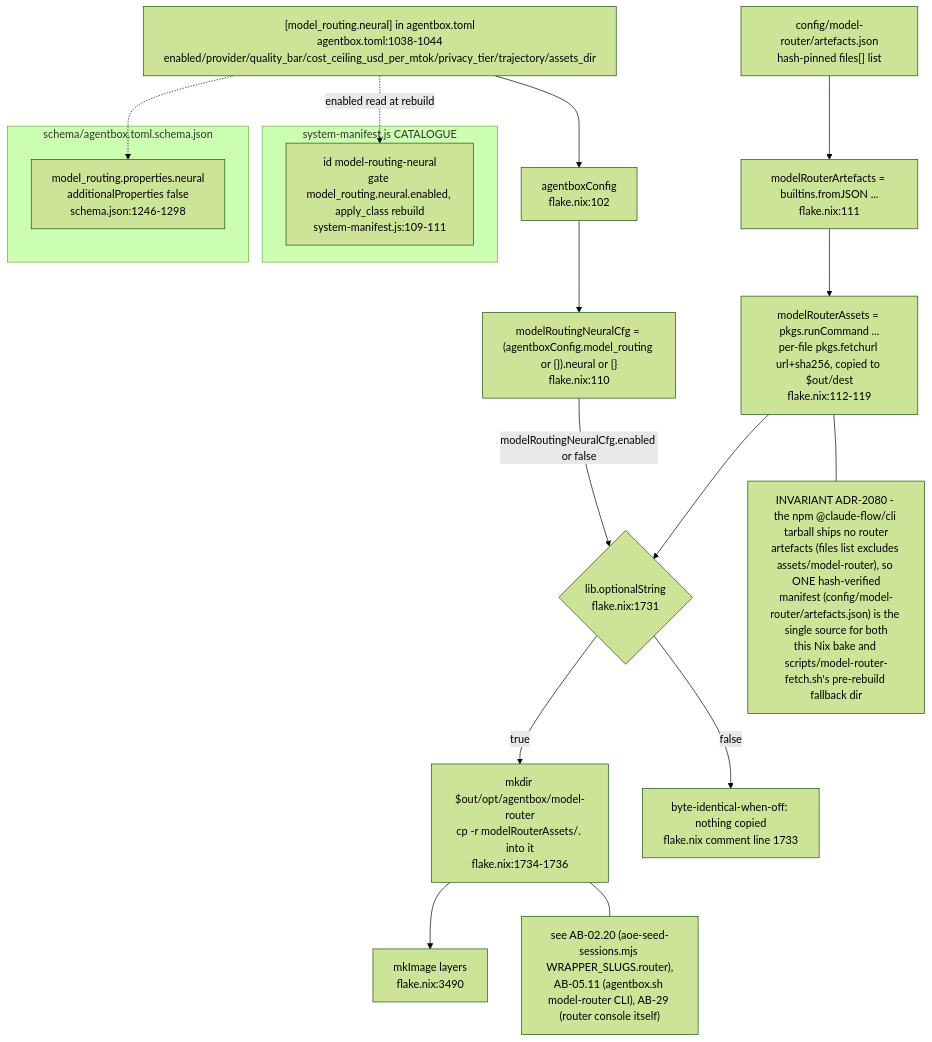
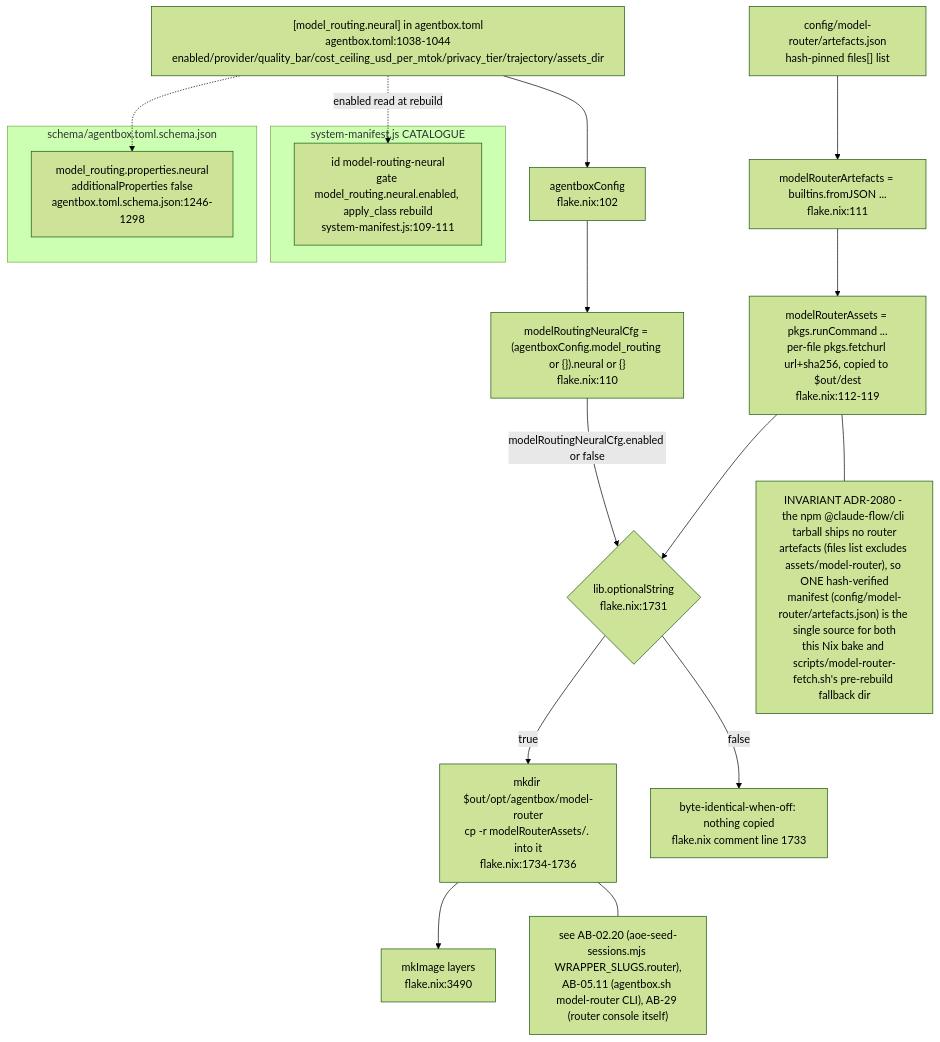
One commit to DreamLab-AI/VisionFlow changed diagram 11 of 11 in docs/diagrams/agentbox/01-nix-flake-composition.md. Above: the diagram before and after it, drawn with Mermaid (forest theme). The commit also changed other lines of this file and 185 other files, not shown here.

Commit message:
docs(estate): reconcile diagrams and ADRs with source and define closeout sprint

````diff
--- a/docs/diagrams/agentbox/01-nix-flake-composition.md
+++ b/docs/diagrams/agentbox/01-nix-flake-composition.md
@@ -436,29 +437,29 @@
 ```mermaid
 flowchart TB
     TOML2["[model_routing.neural] in agentbox.toml<br/>agentbox.toml:1038-1044<br/>enabled/provider/quality_bar/cost_ceiling_usd_per_mtok/privacy_tier/trajectory/assets_dir"] --> CFG2["agentboxConfig<br/>flake.nix:102"]
     CFG2 --> MRNCFG["modelRoutingNeuralCfg = (agentboxConfig.model_routing or {}).neural or {}<br/>flake.nix:110"]
     ARTJSON["config/model-router/artefacts.json<br/>hash-pinned files[] list"] --> MRNFETCH["modelRouterArtefacts = builtins.fromJSON ...<br/>flake.nix:111"]
     MRNFETCH --> MRNASSETS["modelRouterAssets = pkgs.runCommand ...<br/>per-file pkgs.fetchurl url+sha256, copied to $out/dest<br/>flake.nix:112-119"]
 
     MRNCFG -->|"modelRoutingNeuralCfg.enabled or false"| GATE{"lib.optionalString<br/>flake.nix:1731"}
     MRNASSETS --> GATE
     GATE -->|true| BAKE["mkdir $out/opt/agentbox/model-router<br/>cp -r modelRouterAssets/. into it<br/>flake.nix:1734-1736"]
     GATE -->|false| SKIP["byte-identical-when-off: nothing copied<br/>flake.nix comment line 1733"]
     BAKE --> ALLPKG2["mkImage layers<br/>flake.nix:3490"]
 
     subgraph MANIFEST2["system-manifest.js CATALOGUE"]
         MRNENTRY["id model-routing-neural<br/>gate model_routing.neural.enabled, apply_class rebuild<br/>system-manifest.js:109-111"]
     end
     TOML2 -.->|"enabled read at rebuild"| MRNENTRY
 
     subgraph SCHEMA2["schema/agentbox.toml.schema.json"]
-        NEURALSCHEMA["model_routing.properties.neural<br/>additionalProperties false<br/>schema.json:1246-1298"]
+        NEURALSCHEMA["model_routing.properties.neural<br/>additionalProperties false<br/>agentbox.toml.schema.json:1246-1298"]
     end
     TOML2 -.-> NEURALSCHEMA
 
     NOTE1["INVARIANT ADR-2080 - the npm @claude-flow/cli tarball ships no router<br/>artefacts (files list excludes assets/model-router), so ONE hash-verified<br/>manifest (config/model-router/artefacts.json) is the single source for both<br/>this Nix bake and scripts/model-router-fetch.sh's pre-rebuild fallback dir"]
     MRNASSETS --- NOTE1
 
     NOTE2["see AB-02.20 (aoe-seed-sessions.mjs WRAPPER_SLUGS.router),<br/>AB-05.11 (agentbox.sh model-router CLI), AB-29 (router console itself)"]
     BAKE --- NOTE2
 ```
````
